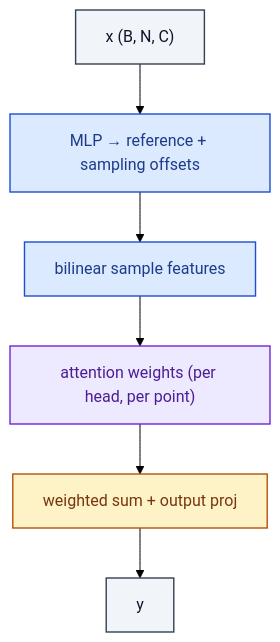
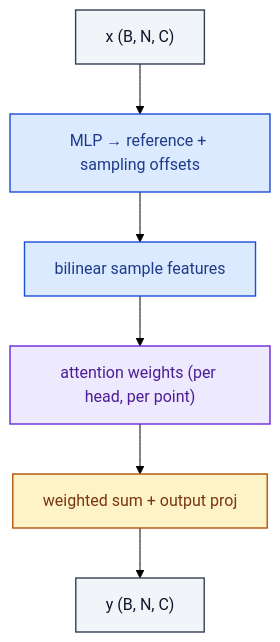
Before and after one commit to RealityShifts/Srivastava-book-of-Blocks-diagrams: the diagram in cnn_vision/DeformableAttention.md, drawn with Mermaid (forest theme). The commit also changed 123 other files, not shown here.

````diff
--- a/cnn_vision/DeformableAttention.md
+++ b/cnn_vision/DeformableAttention.md
@@ -7,23 +7,24 @@
 ```mermaid
 flowchart TD
     n0_0["x  (B, N, C)"]:::io
     n1_0["MLP → reference + sampling offsets"]:::op
     n2_0["bilinear sample features"]:::op
     n3_0["attention weights (per head, per point)"]:::attn
     n4_0["weighted sum + output proj"]:::merge
-    n5_0["y"]:::io
+    n5_0["y  (B, N, C)"]:::io
     n0_0 --> n1_0
     n1_0 --> n2_0
     n2_0 --> n3_0
     n3_0 --> n4_0
     n4_0 --> n5_0
     classDef io fill:#f1f5f9,stroke:#334155,stroke-width:1.4px,color:#0f172a
     classDef op fill:#dbeafe,stroke:#1d4ed8,stroke-width:1.4px,color:#1e3a8a
     classDef norm fill:#dcfce7,stroke:#15803d,stroke-width:1.4px,color:#14532d
     classDef act fill:#ffedd5,stroke:#c2410c,stroke-width:1.4px,color:#7c2d12
     classDef attn fill:#ede9fe,stroke:#6d28d9,stroke-width:1.4px,color:#4c1d95
     classDef merge fill:#fef3c7,stroke:#b45309,stroke-width:1.4px,color:#78350f
     classDef emb fill:#fef9c3,stroke:#a16207,stroke-width:1.4px,color:#713f12
     classDef loss fill:#fee2e2,stroke:#b91c1c,stroke-width:1.4px,color:#7f1d1d
     classDef ctrl fill:#f5f5f4,stroke:#52525b,stroke-width:1.4px,color:#27272a
+    classDef ref fill:#e0f2fe,stroke:#0369a1,stroke-width:2px,color:#0c4a6e,stroke-dasharray: 4 2
 ```
````
